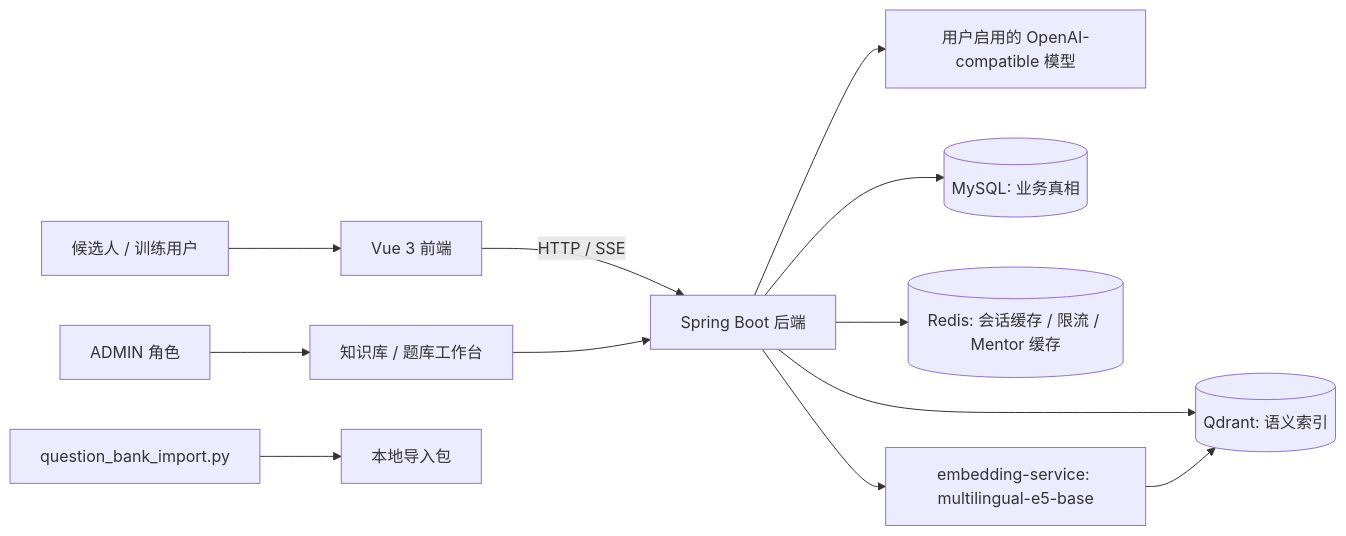
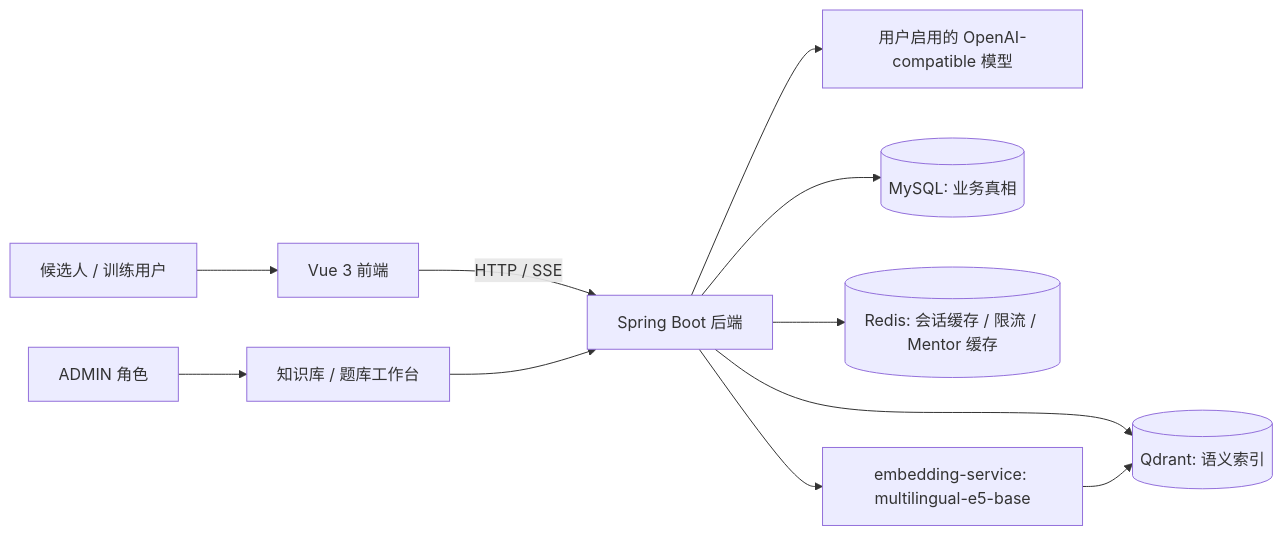
One commit to nzy0510/AI-Interview changed the first of 2 diagrams in README.md. Above: the diagram before and after it, drawn with Mermaid. The commit also changed other lines of this file and 79 other files, not shown here.

````diff
--- a/README.md
+++ b/README.md
@@ -51,14 +51,13 @@
 ```mermaid
 graph LR
     User["候选人 / 训练用户"] --> Frontend["Vue 3 前端"]
     Frontend -->|"HTTP / SSE"| Backend["Spring Boot 后端"]
     Backend --> LLM["用户启用的 OpenAI-compatible 模型"]
     Backend --> MySQL[("MySQL: 业务真相")]
     Backend --> Redis[("Redis: 会话缓存 / 限流 / Mentor 缓存")]
     Backend --> Qdrant[("Qdrant: 语义索引")]
     Backend --> Embed["embedding-service: multilingual-e5-base"]
     Embed --> Qdrant
     Workspace["知识库 / 题库工作台"] --> Backend
     Admin["ADMIN 角色"] --> Workspace
-    Script["question_bank_import.py"] --> Package["本地导入包"]
 ```
````
